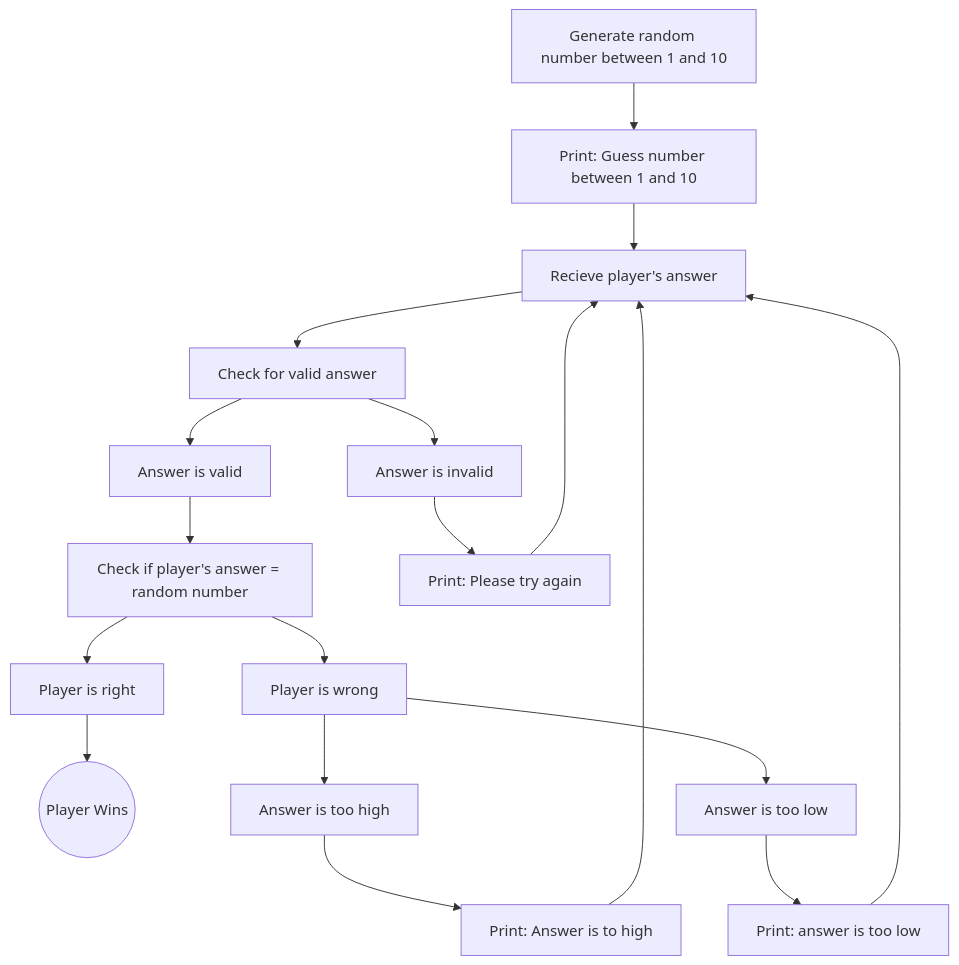
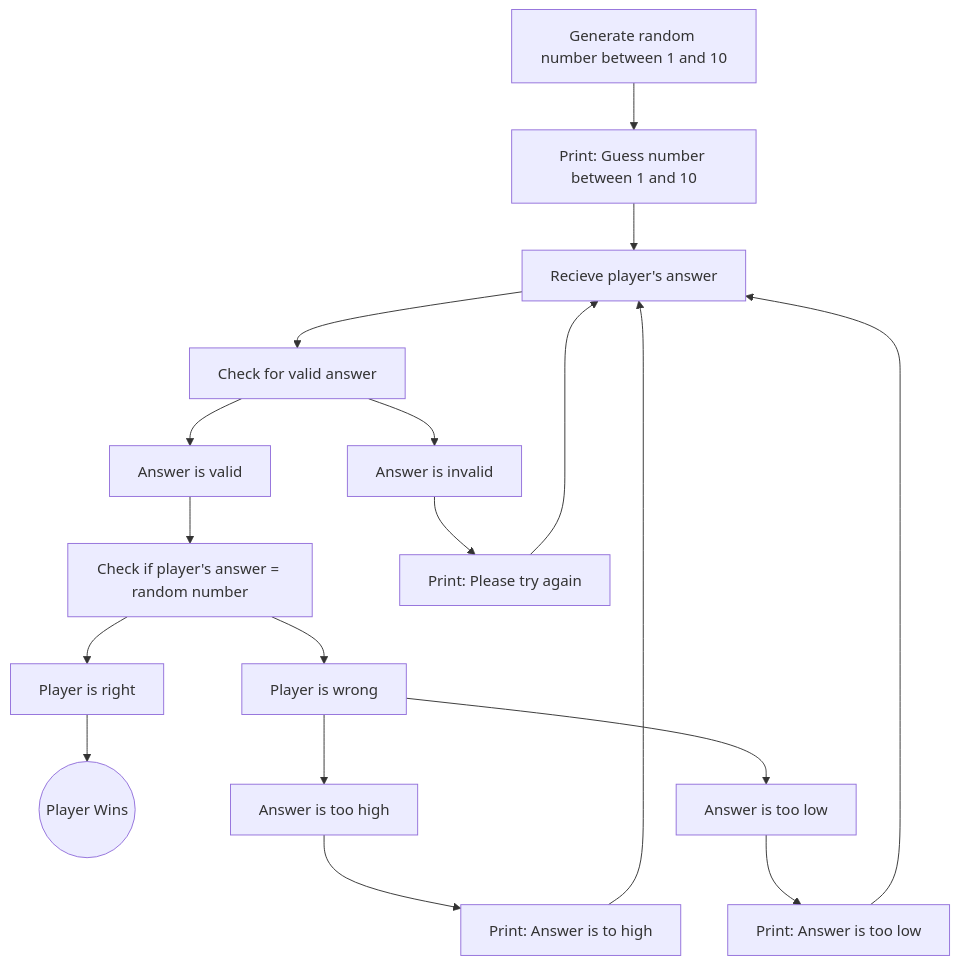
One commit to caleb-mook/caleb-mook.github.io changed the diagram in Guessing.md. Above: the diagram before and after it, drawn with Mermaid.

````diff
--- a/Guessing.md
+++ b/Guessing.md
@@ -1,20 +1,20 @@
 ```mermaid
     flowchart TD
     generate[Generate random number between 1 and 10] --> print_Q[Print: Guess number between 1 and 10]
     print_Q --> get_answer[Recieve player's answer]
     get_answer --> checkv[Check for valid answer]
     checkv --> valid[Answer is valid]
     valid --> check_answer[Check if player's answer = random number]
     checkv --> nvalid[Answer is invalid]
     nvalid --> try_again[Print: Please try again]
     try_again --> get_answer
     check_answer --> player_right[Player is right]
     player_right --> win((Player Wins))
     check_answer --> player_wrong[Player is wrong]
     player_wrong --> too_high[Answer is too high]
     too_high --> print_too_high[Print: Answer is to high]
     print_too_high --> get_answer
     player_wrong --> too_low[Answer is too low]
-    too_low --> print_too_low[Print: answer is too low]
+    too_low --> print_too_low[Print: Answer is too low]
     print_too_low --> get_answer
 ```
````
